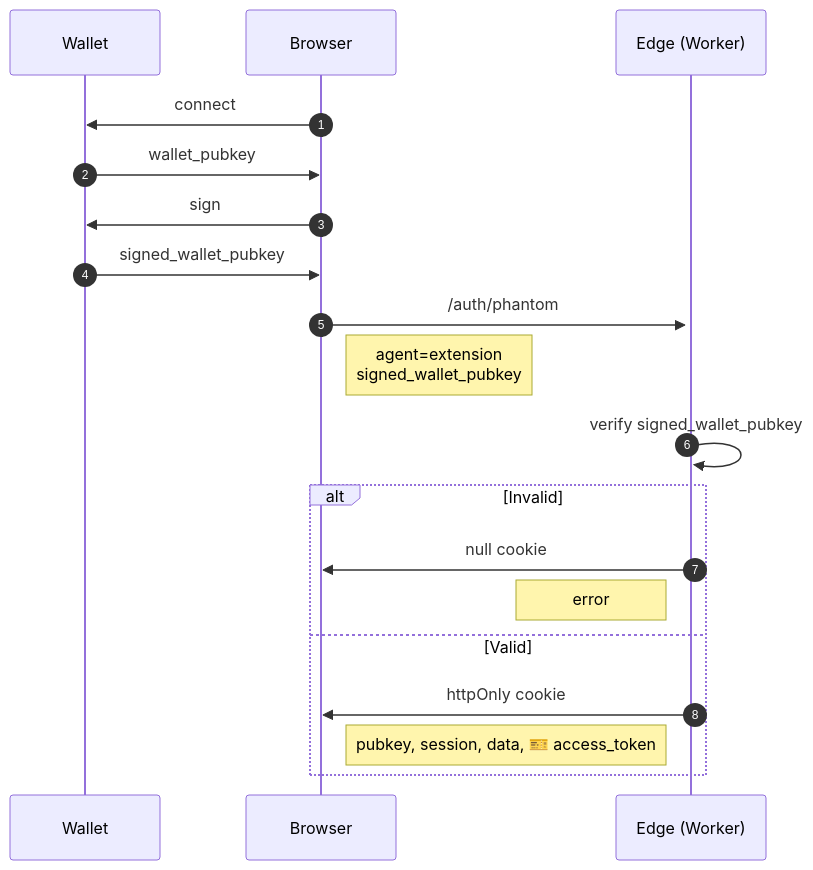
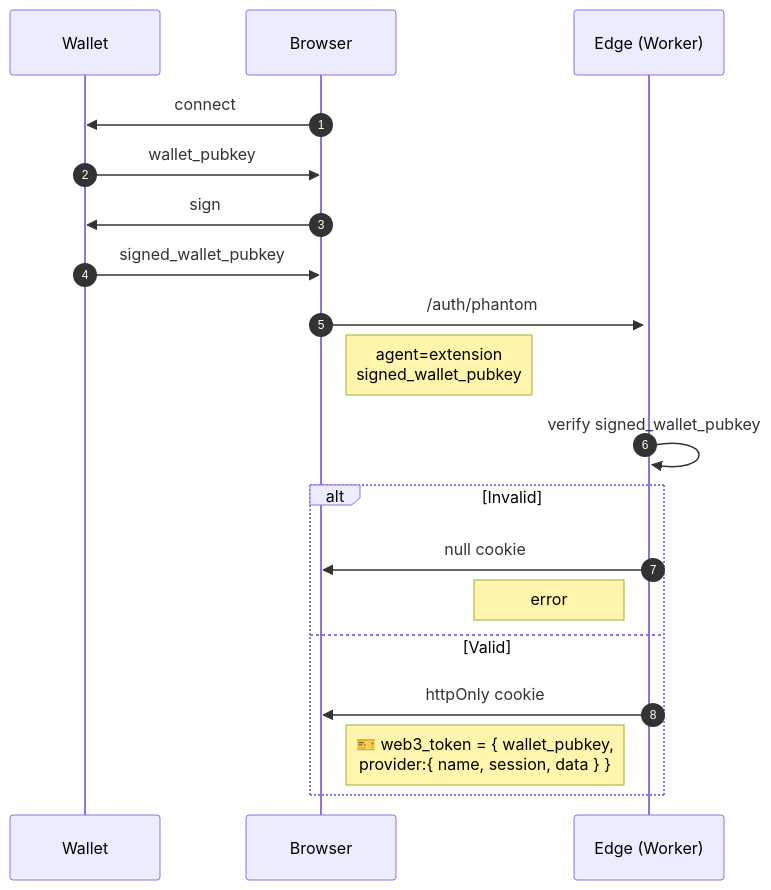
One commit to gist-rs/book changed the third of 6 diagrams in src/solana/nft-memberships.md. Above: the diagram before and after it, drawn with Mermaid. The commit also changed other lines of this file and 1 other file, not shown here.

````diff
--- a/src/solana/nft-memberships.md
+++ b/src/solana/nft-memberships.md
@@ -42,21 +42,21 @@
 ```mermaid
 sequenceDiagram
   autonumber
   participant wallet as Wallet
   participant browser as Browser
   participant edge as Edge (Worker)
   browser->>wallet: connect
   wallet->>browser: wallet_pubkey
     browser->>wallet: sign
   wallet->>browser: signed_wallet_pubkey
   browser->>+edge: /auth/phantom
   Note right of browser: agent=extension<br>signed_wallet_pubkey
   edge->>edge: verify signed_wallet_pubkey
   alt Invalid
     edge->>browser: null cookie
     Note left of edge: error
   else Valid
     edge->>browser: httpOnly cookie
-    Note left of edge: pubkey, session, data, 🎫 access_token
+    Note left of edge: 🎫 web3_token = { wallet_pubkey, <br>provider:{ name, session, data } }
   end
 ```
````
